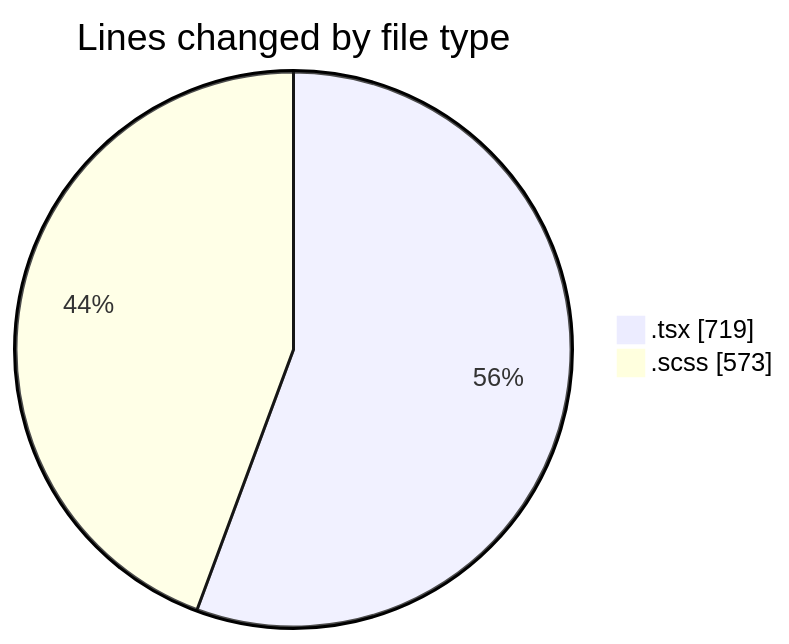
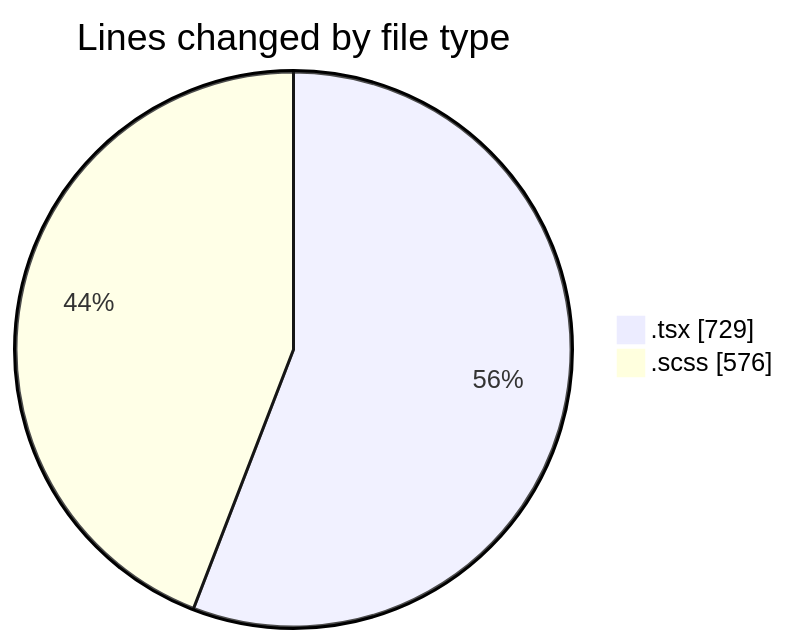
One commit to momahboobian/code-tracking changed the first of 2 diagrams in 2025-10-06/cda/README.md. Above: the diagram before and after it, drawn with Mermaid. The commit also changed other lines of this file and 1 other file, not shown here.

````diff
--- a/2025-10-06/cda/README.md
+++ b/2025-10-06/cda/README.md
@@ -24,6 +24,6 @@
 ```mermaid
 pie showData
 title Lines changed by file type
-".tsx" : 719
-".scss" : 573
+".tsx" : 729
+".scss" : 576
 ```
````
